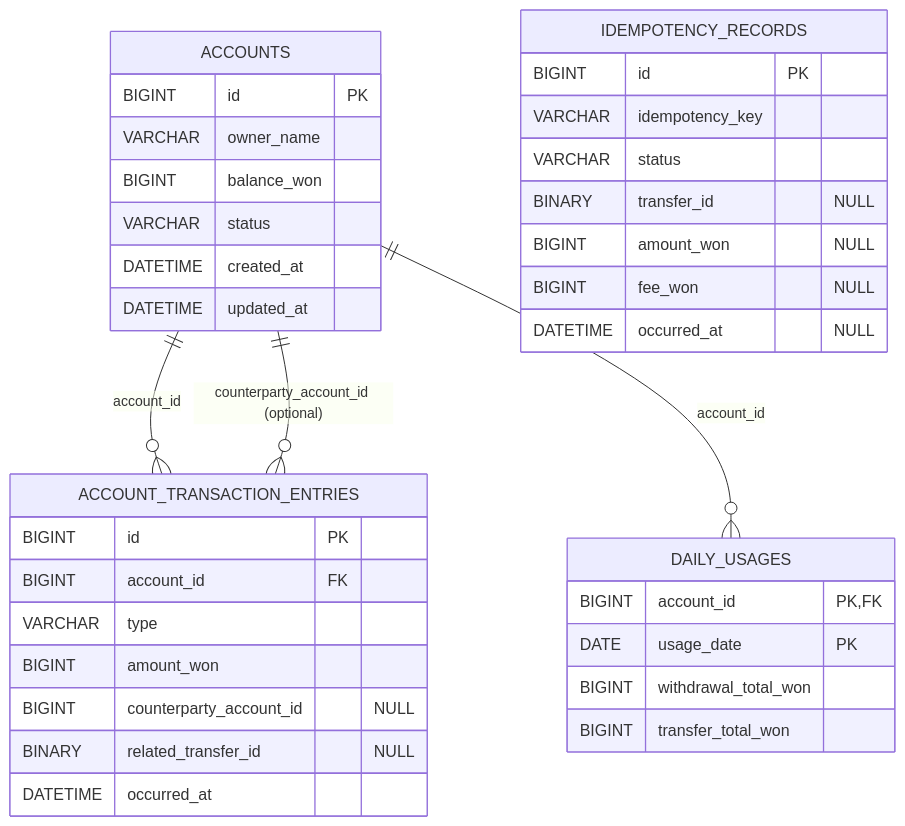
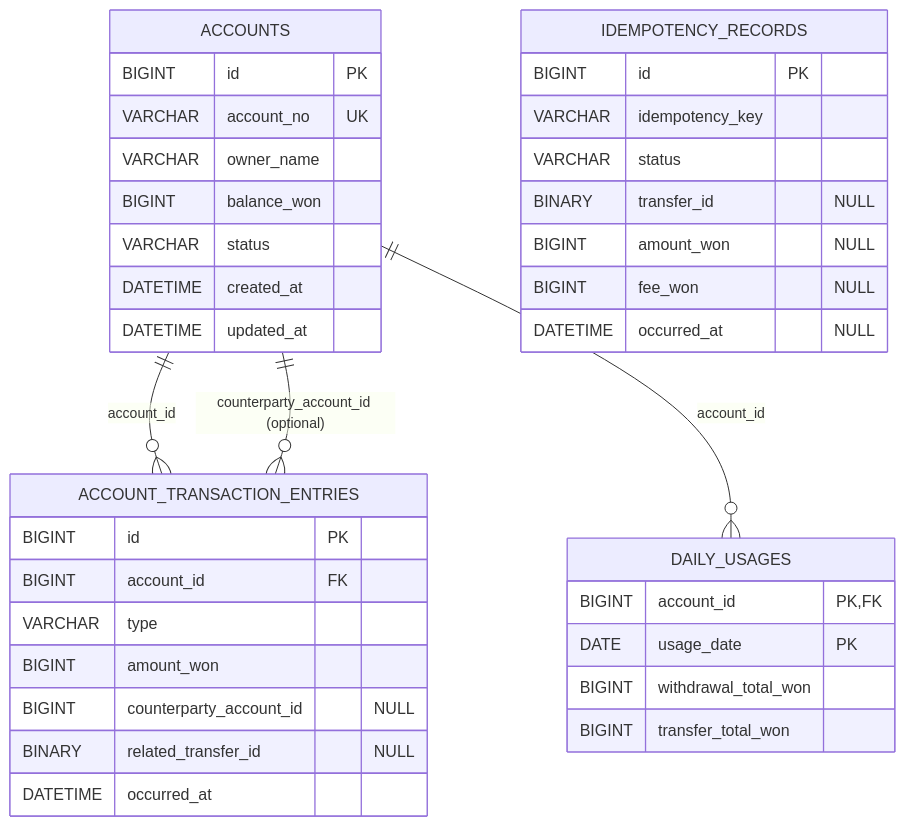
Before and after one commit to yht0827/yangheetae_backend: the diagram in docs/02-model.md, drawn with Mermaid. The commit also changed other lines of this file, not shown here.

First line of the commit message:
[TS-11] accountNo 필드 데이터 모델 문서 반영

````diff
--- a/docs/02-model.md
+++ b/docs/02-model.md
@@ -5,44 +5,45 @@
 ```mermaid
 erDiagram
     ACCOUNTS ||--o{ ACCOUNT_TRANSACTION_ENTRIES : "account_id"
     ACCOUNTS ||--o{ DAILY_USAGES : "account_id"
 
     %% counterparty_account_id (optional)
     ACCOUNTS ||--o{ ACCOUNT_TRANSACTION_ENTRIES : "counterparty_account_id (optional)"
 
     ACCOUNTS {
         BIGINT id PK
+        VARCHAR account_no UK
         VARCHAR owner_name
         BIGINT balance_won
         VARCHAR status
         DATETIME created_at
         DATETIME updated_at
     }
 
     ACCOUNT_TRANSACTION_ENTRIES {
         BIGINT id PK
         BIGINT account_id FK
         VARCHAR type
         BIGINT amount_won
         BIGINT counterparty_account_id "NULL"
         BINARY related_transfer_id "NULL"
         DATETIME occurred_at
     }
 
     DAILY_USAGES {
         BIGINT account_id PK,FK
         DATE usage_date PK
         BIGINT withdrawal_total_won
         BIGINT transfer_total_won
     }
 
     IDEMPOTENCY_RECORDS {
         BIGINT id PK
         VARCHAR idempotency_key
         VARCHAR status
         BINARY transfer_id "NULL"
         BIGINT amount_won "NULL"
         BIGINT fee_won "NULL"
         DATETIME occurred_at "NULL"
     }
 ```
````
